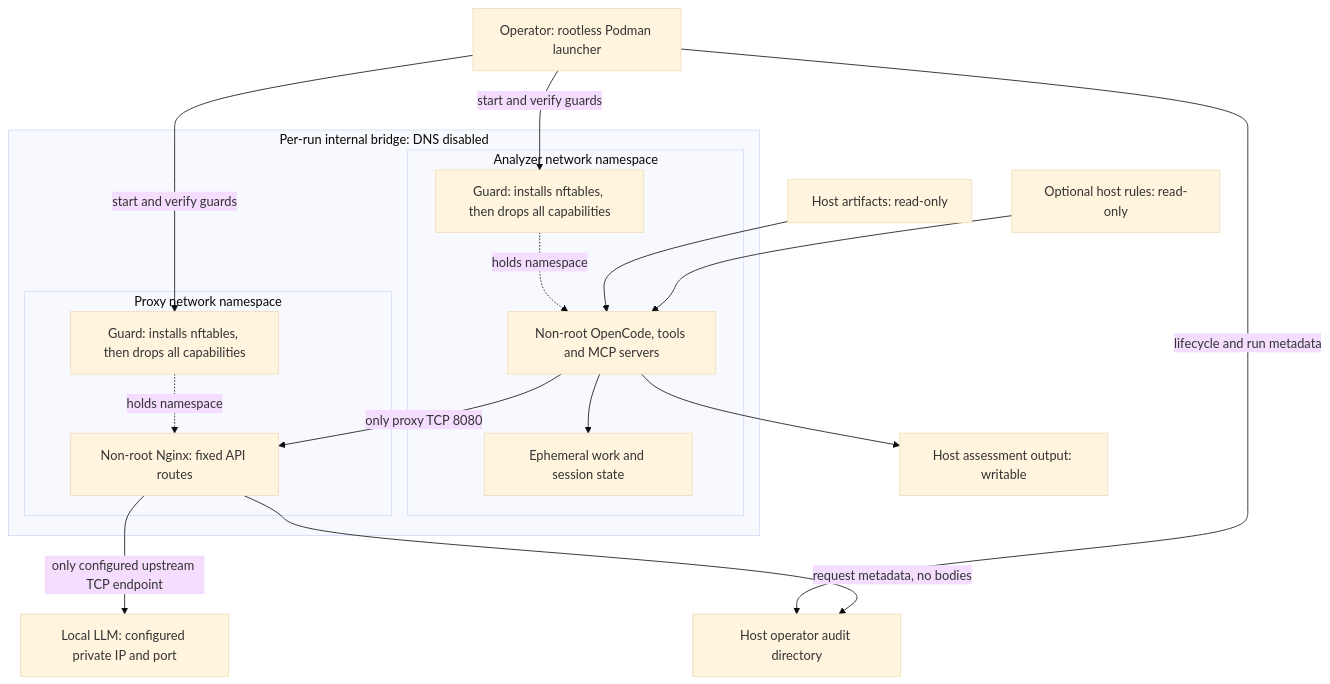
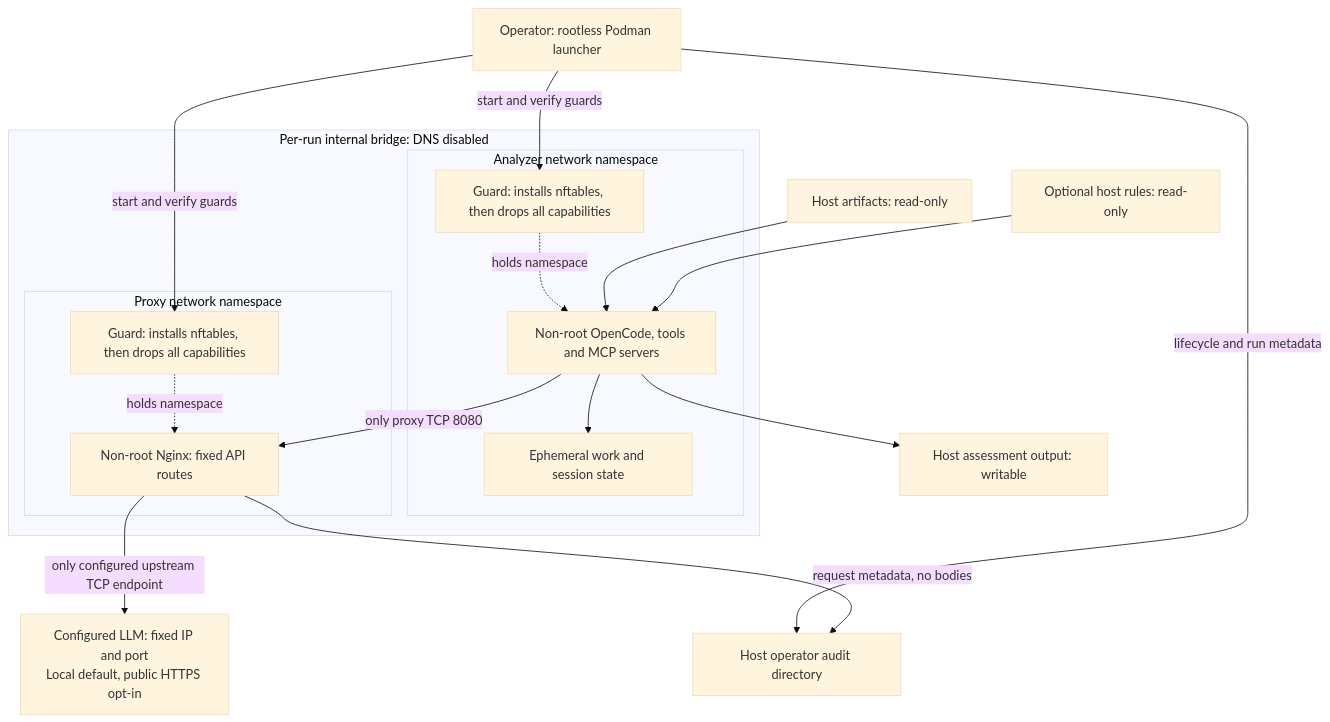
The diagram in docs/architecture.md (fokken/mossback), drawn with Mermaid (base theme) before and after one commit. The commit also changed other lines of this file and 36 other files, not shown here.

Commit message:
feat: add Checkov, version resolution and opt-in public LLM providers

````diff
--- a/docs/architecture.md
+++ b/docs/architecture.md
@@ -8,32 +10,32 @@
 ```mermaid
 flowchart TB
     Operator["Operator: rootless Podman launcher"]
     Input["Host artifacts: read-only"]
     Rules["Optional host rules: read-only"]
     Output["Host assessment output: writable"]
     Audit["Host operator audit directory"]
     subgraph Internal["Per-run internal bridge: DNS disabled"]
         subgraph ANS["Analyzer network namespace"]
             AG["Guard: installs nftables, then drops all capabilities"]
             Analyzer["Non-root OpenCode, tools and MCP servers"]
             Work["Ephemeral work and session state"]
             AG -.->|"holds namespace"| Analyzer
             Analyzer --> Work
         end
         subgraph PNS["Proxy network namespace"]
             PG["Guard: installs nftables, then drops all capabilities"]
             Nginx["Non-root Nginx: fixed API routes"]
             PG -.->|"holds namespace"| Nginx
         end
         Analyzer -->|"only proxy TCP 8080"| Nginx
     end
-    LLM["Local LLM: configured private IP and port"]
+    LLM["Configured LLM: fixed IP and port<br/>Local default, public HTTPS opt-in"]
     Operator -->|"start and verify guards"| AG
     Operator -->|"start and verify guards"| PG
     Operator -->|"lifecycle and run metadata"| Audit
     Input --> Analyzer
     Rules --> Analyzer
     Analyzer --> Output
     Nginx -->|"only configured upstream TCP endpoint"| LLM
     Nginx -->|"request metadata, no bodies"| Audit
 ```
````
